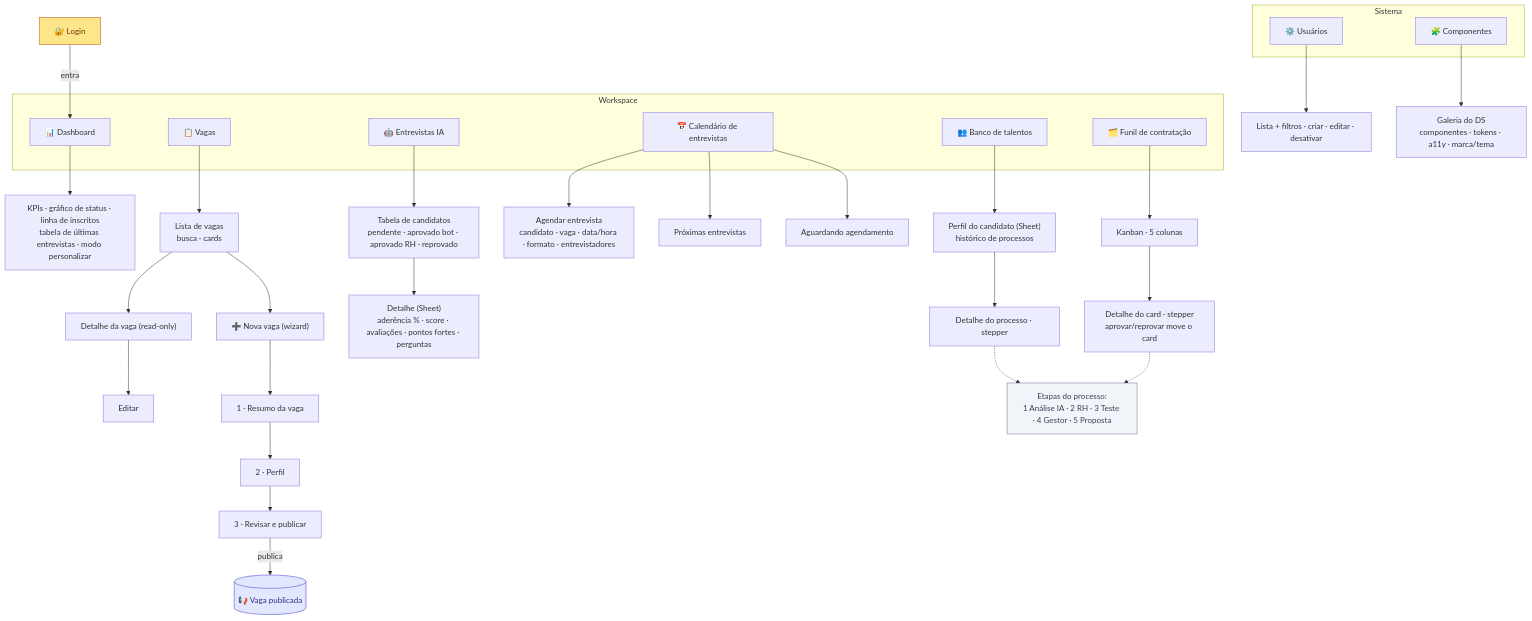
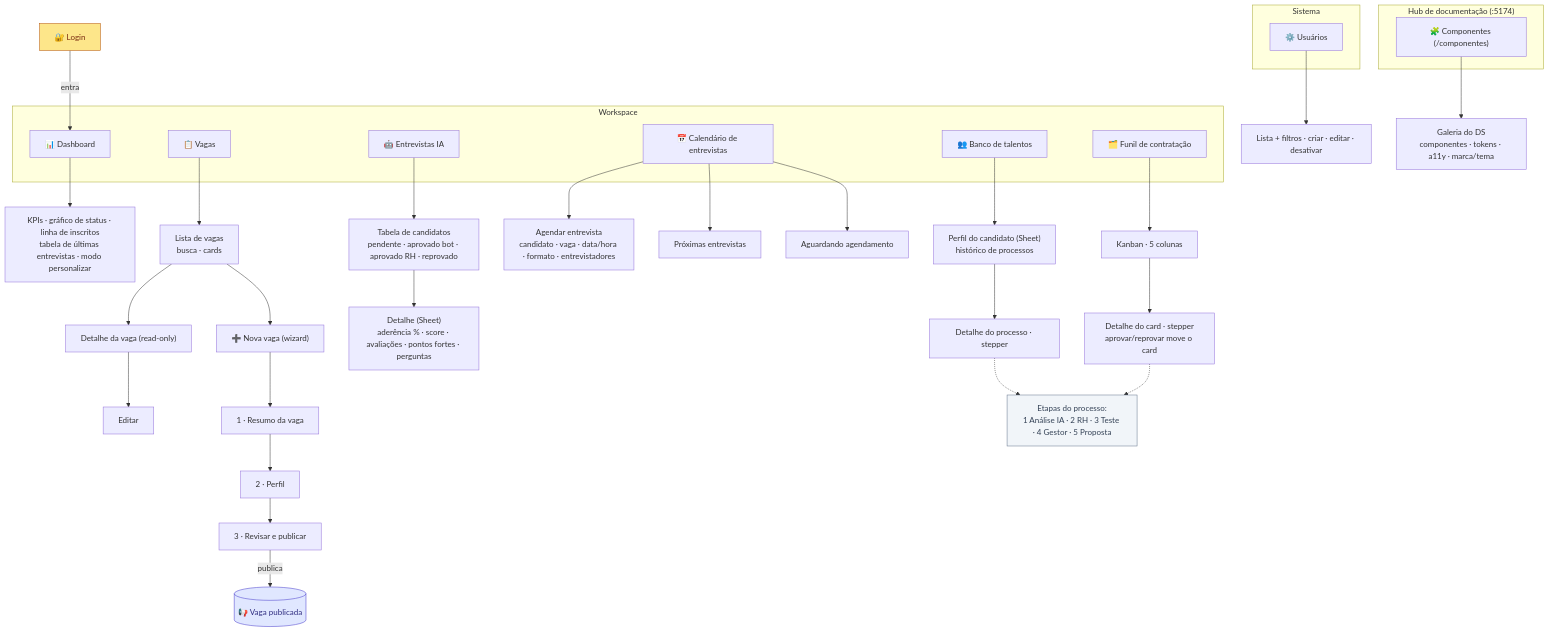
One commit to luuuster/crp-tis changed the second of 4 diagrams in docs/ARQUITETURA-INFORMACAO.md. Above: the diagram before and after it, drawn with Mermaid. The commit also changed 2 other files, not shown here.

Commit message:
ci+docs: persist-credentials off na validação; docs refletem a vitrine no hub
- Workflow (7.2): persist-credentials: false nos checkouts dos jobs de
  validação (build/app/e2e) — token não fica no .git de quem não escreve.
  O job release mantém credenciais (changesets precisa de push).
- Docs (11.1/11.2): HANDOFF e ARQUITETURA-INFORMACAO ainda colocavam a
  galeria "Componentes" no menu do recrutador — causa direta de parte
  das falhas E2E. Agora apontam o hub de docs (:5174 /componentes) e a
  contagem envelhecível de arquivos de teste saiu da tabela.

````diff
--- a/docs/ARQUITETURA-INFORMACAO.md
+++ b/docs/ARQUITETURA-INFORMACAO.md
@@ -49,66 +49,69 @@
 ```mermaid
 graph TB
     Login["🔐 Login"]
 
     subgraph WS["Workspace"]
         DASH["📊 Dashboard"]
         VAGAS["📋 Vagas"]
         EIA["🤖 Entrevistas IA"]
         CAL["📅 Calendário de entrevistas"]
         BANCO["👥 Banco de talentos"]
         FUNIL["🗂️ Funil de contratação"]
     end
 
     subgraph SIS["Sistema"]
         USERS["⚙️ Usuários"]
-        COMP["🧩 Componentes"]
+    end
+
+    subgraph DOCS["Hub de documentação (:5174)"]
+        COMP["🧩 Componentes (/componentes)"]
     end
 
     Login -->|entra| DASH
 
     %% Dashboard
     DASH --> DBlocos["KPIs · gráfico de status · linha de inscritos<br/>tabela de últimas entrevistas · modo personalizar"]
 
     %% Vagas (JobGenerator)
     VAGAS --> VLista["Lista de vagas<br/>busca · cards"]
     VLista --> VDet["Detalhe da vaga (read-only)"]
     VDet --> VEdit["Editar"]
     VLista --> VNova["➕ Nova vaga (wizard)"]
     VNova --> W1["1 · Resumo da vaga"] --> W2["2 · Perfil"] --> W3["3 · Revisar e publicar"]
     W3 -->|publica| VPub[("📢 Vaga publicada")]
 
     %% Entrevistas IA (triagem)
     EIA --> EIATab["Tabela de candidatos<br/>pendente · aprovado bot · aprovado RH · reprovado"]
     EIATab --> EIADet["Detalhe (Sheet)<br/>aderência % · score · avaliações · pontos fortes · perguntas"]
 
     %% Calendário
     CAL --> CalAg["Agendar entrevista<br/>candidato · vaga · data/hora · formato · entrevistadores"]
     CAL --> CalProx["Próximas entrevistas"]
     CAL --> CalFila["Aguardando agendamento"]
 
     %% Banco de talentos
     BANCO --> BPerfil["Perfil do candidato (Sheet)<br/>histórico de processos"]
     BPerfil --> BProc["Detalhe do processo · stepper"]
 
     %% Funil
     FUNIL --> FKanban["Kanban · 5 colunas"]
     FKanban --> FCard["Detalhe do card · stepper<br/>aprovar/reprovar move o card"]
 
     %% Etapas do funil (compartilhadas entre Funil e Banco de talentos)
     FASES["Etapas do processo:<br/>1 Análise IA · 2 RH · 3 Teste · 4 Gestor · 5 Proposta"]
     BProc -.-> FASES
     FCard -.-> FASES
 
     %% Usuários
     USERS --> UCrud["Lista + filtros · criar · editar · desativar"]
 
     %% Componentes
     COMP --> CGal["Galeria do DS<br/>componentes · tokens · a11y · marca/tema"]
 
     classDef gate fill:#fde68a,stroke:#b45309,color:#7c2d12;
     classDef store fill:#e0e7ff,stroke:#4338ca,color:#312e81;
     classDef note fill:#f1f5f9,stroke:#64748b,color:#334155;
     class Login gate;
     class VPub store;
     class FASES note;
 ```
````
